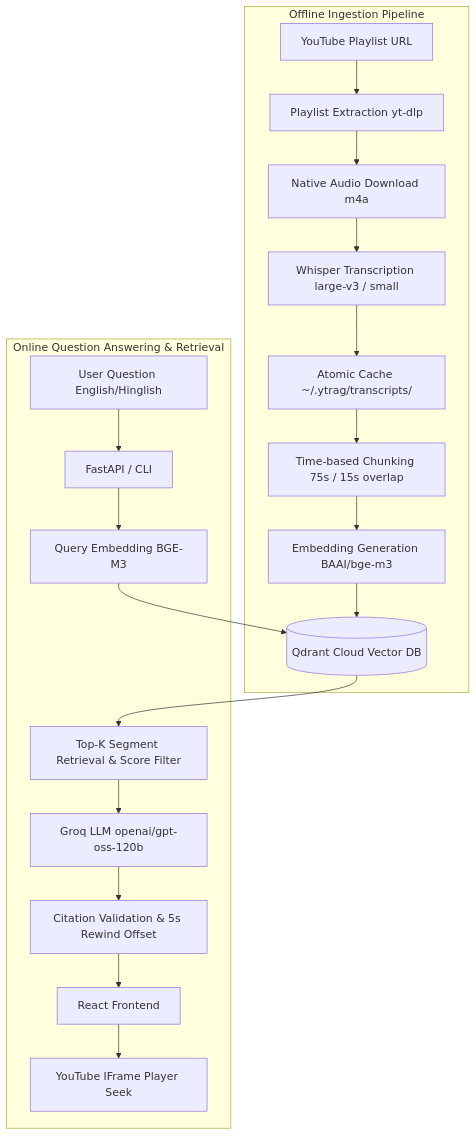
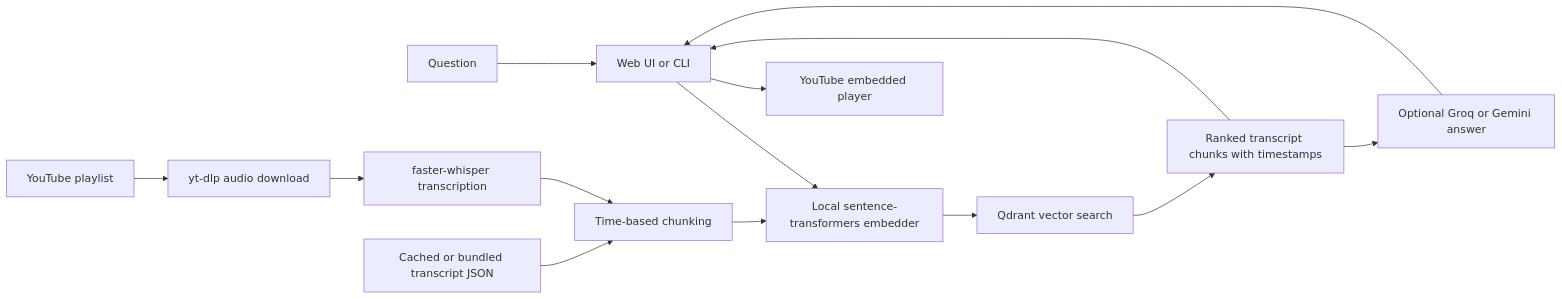
Before and after one commit to govindkh04/vidsage: the diagram in README.md, drawn with Mermaid. The commit also changed other lines of this file and 187 other files, not shown here.

````diff
--- a/README.md
+++ b/README.md
@@ -19,23 +24,17 @@
 ```mermaid
-flowchart TD
-    subgraph Offline_Ingestion["Offline Ingestion Pipeline"]
-        A[YouTube Playlist URL] --> B[Playlist Extraction yt-dlp]
-        B --> C[Native Audio Download m4a]
-        C --> D[Whisper Transcription large-v3 / small]
-        D --> E[Atomic Cache ~/.ytrag/transcripts/]
-        E --> F[Time-based Chunking 75s / 15s overlap]
-        F --> G[Embedding Generation BAAI/bge-m3]
-        G --> H[(Qdrant Cloud Vector DB)]
-    end
+flowchart LR
+    U[Question] --> UI[Web UI or CLI]
+    UI --> E[Local sentence-transformers embedder]
+    E --> Q[Qdrant vector search]
+    Q --> R[Ranked transcript chunks with timestamps]
+    R --> UI
+    R --> L[Optional Groq or Gemini answer]
+    L --> UI
+    UI --> Y[YouTube embedded player]
 
-    subgraph Online_Serving["Online Question Answering & Retrieval"]
-        I[User Question English/Hinglish] --> J[FastAPI / CLI]
-        J --> K[Query Embedding BGE-M3]
-        K --> H
-        H --> L[Top-K Segment Retrieval & Score Filter]
-        L --> M[Groq LLM openai/gpt-oss-120b]
-        M --> N[Citation Validation & 5s Rewind Offset]
-        N --> O[React Frontend]
-        O --> P[YouTube IFrame Player Seek]
-    end
+    P[YouTube playlist] --> D[yt-dlp audio download]
+    D --> W[faster-whisper transcription]
+    W --> C[Time-based chunking]
+    C --> E
+    T[Cached or bundled transcript JSON] --> C
 ```
````
